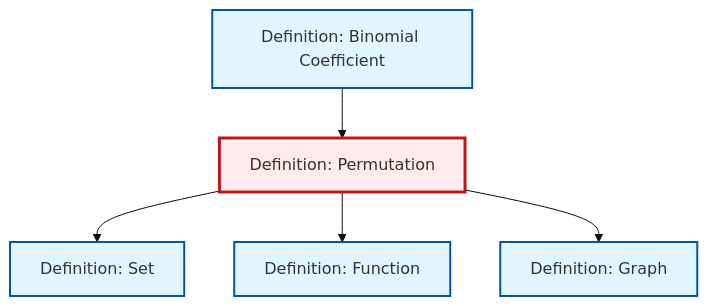
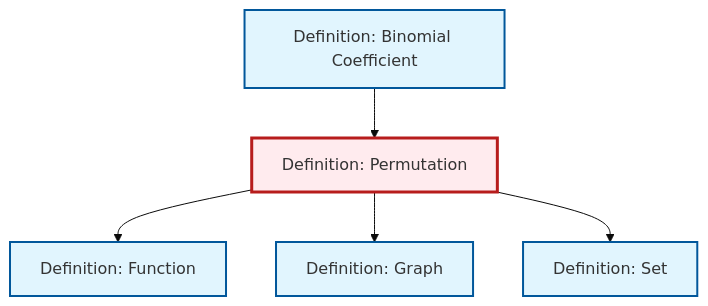
The diagram in content/en/combinatorics/def-permutation.qmd (RK0429/ModernMath), drawn with Mermaid (base theme) before and after one commit. The commit also changed other lines of this file and 597 other files, not shown here.

````diff
--- a/content/en/combinatorics/def-permutation.qmd
+++ b/content/en/combinatorics/def-permutation.qmd
@@ -53,23 +53,23 @@
 ```{mermaid}
 %%| fig-cap: "Local dependency graph"
 graph TD
     classDef definition fill:#e1f5fe,stroke:#01579b,stroke-width:2px
     classDef theorem fill:#f3e5f5,stroke:#4a148c,stroke-width:2px
     classDef axiom fill:#fff3e0,stroke:#e65100,stroke-width:2px
     classDef example fill:#e8f5e9,stroke:#1b5e20,stroke-width:2px
     classDef current fill:#ffebee,stroke:#b71c1c,stroke-width:3px
+    def-binomial-coefficient["Definition: Binomial Coefficient"]:::definition
     def-function["Definition: Function"]:::definition
+    def-set["Definition: Set"]:::definition
+    def-permutation["Definition: Permutation"]:::definition
     def-graph["Definition: Graph"]:::definition
-    def-binomial-coefficient["Definition: Binomial Coefficient"]:::definition
-    def-permutation["Definition: Permutation"]:::definition
-    def-set["Definition: Set"]:::definition
+    def-permutation --> def-function
+    def-binomial-coefficient --> def-permutation
+    def-permutation --> def-graph
     def-permutation --> def-set
-    def-permutation --> def-function
-    def-permutation --> def-graph
-    def-binomial-coefficient --> def-permutation
     class def-permutation current
+    click def-binomial-coefficient "def-binomial-coefficient.html" "Go to Binomial Coefficient definition"
     click def-function "def-function.html" "Go to Function definition"
+    click def-set "def-set.html" "Go to Set definition"
     click def-graph "def-graph.html" "Go to Graph definition"
-    click def-binomial-coefficient "def-binomial-coefficient.html" "Go to Binomial Coefficient definition"
-    click def-set "def-set.html" "Go to Set definition"
 ```
````
